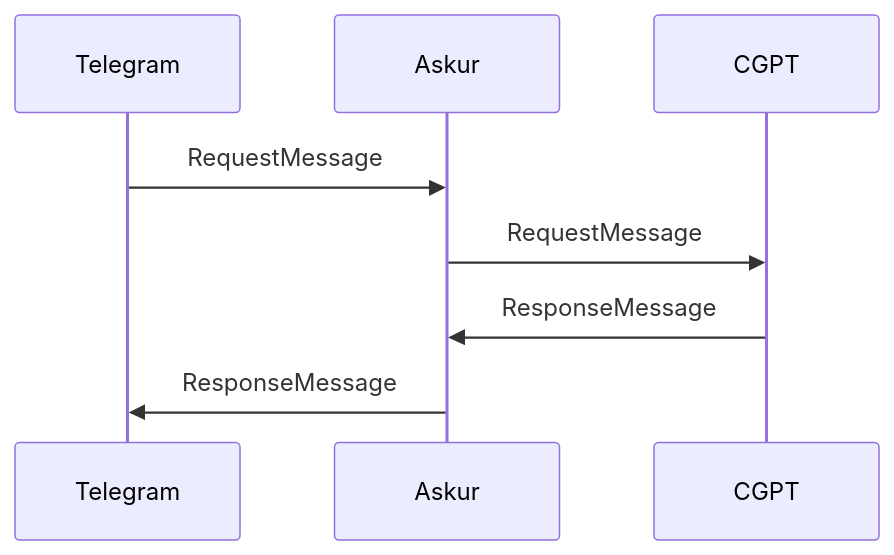
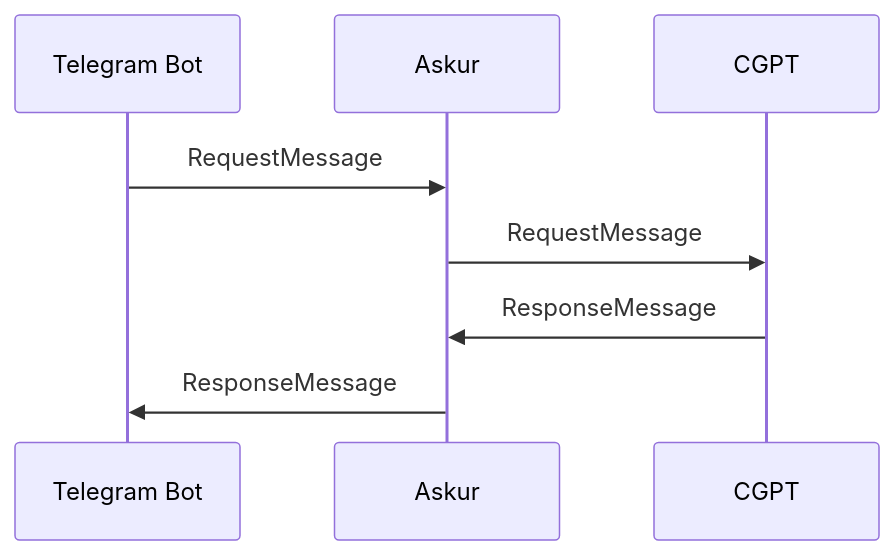
Before and after one commit to divanvisagie/Askur: the second of 4 diagrams in README.md, drawn with Mermaid. The commit also changed other lines of this file, not shown here.

````diff
--- a/README.md
+++ b/README.md
@@ -23,7 +23,8 @@
 ```mermaid
 sequenceDiagram
-Telegram ->> Askur: RequestMessage
+participant TB as Telegram Bot
+TB ->> Askur: RequestMessage
 Askur ->> CGPT: RequestMessage
 CGPT ->> Askur: ResponseMessage
-Askur ->> Telegram: ResponseMessage
+Askur ->> TB: ResponseMessage
 ```
````
